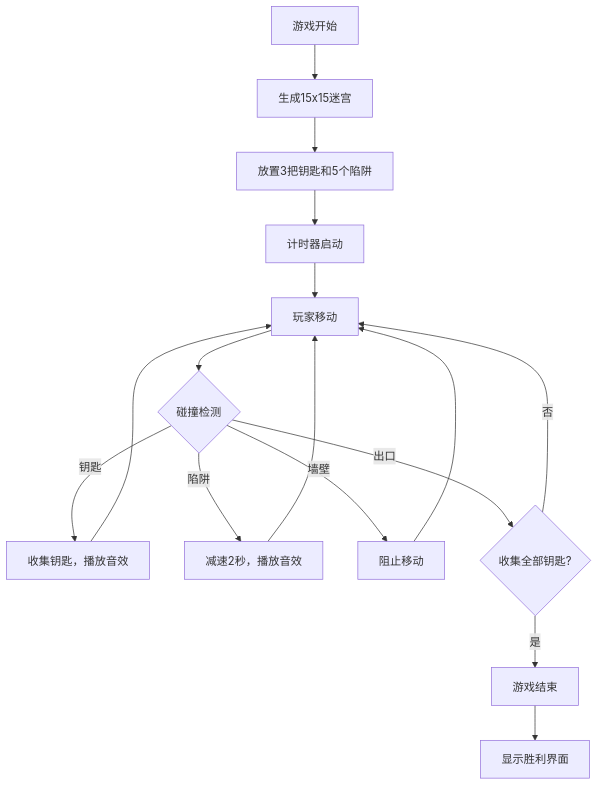
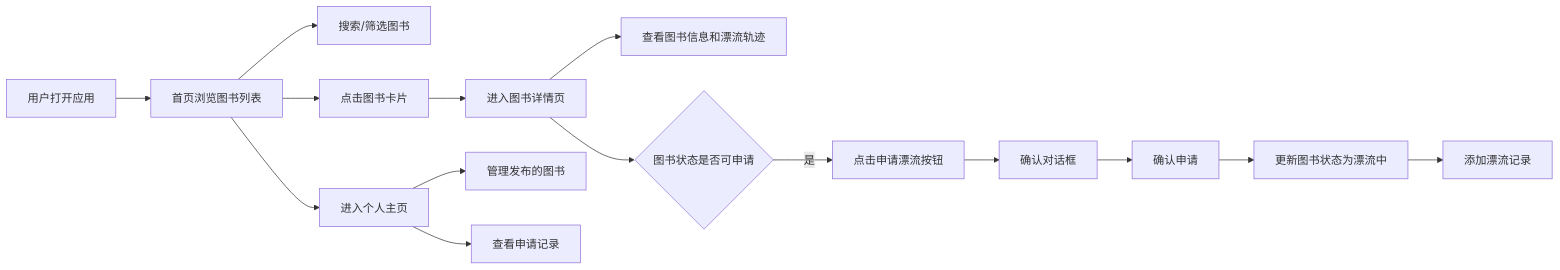
One commit to NUDT-ZSL/Solo changed the diagram in cp2_6.16_auto4/.trae/documents/PRD.md. Above: the diagram before and after it, drawn with Mermaid. The commit also changed other lines of this file and 18 other files, not shown here.

````diff
--- a/cp2_6.16_auto4/.trae/documents/PRD.md
+++ b/cp2_6.16_auto4/.trae/documents/PRD.md
@@ -39,18 +39,17 @@
 ```mermaid
-flowchart TD
-    A["游戏开始"] --> B["生成15x15迷宫"]
-    B --> C["放置3把钥匙和5个陷阱"]
-    C --> D["计时器启动"]
-    D --> E["玩家移动"]
-    E --> F{"碰撞检测"}
-    F -->|钥匙| G["收集钥匙，播放音效"]
-    F -->|陷阱| H["减速2秒，播放音效"]
-    F -->|墙壁| I["阻止移动"]
-    F -->|出口| J{"收集全部钥匙?"}
-    J -->|是| K["游戏结束"]
-    J -->|否| E
-    G --> E
-    H --> E
-    I --> E
-    K --> L["显示胜利界面"]
+flowchart LR
+    A["用户打开应用"] --> B["首页浏览图书列表"]
+    B --> C["搜索/筛选图书"]
+    B --> D["点击图书卡片"]
+    D --> E["进入图书详情页"]
+    E --> F["查看图书信息和漂流轨迹"]
+    E --> G{"图书状态是否可申请"}
+    G -->|是| H["点击申请漂流按钮"]
+    H --> I["确认对话框"]
+    I --> J["确认申请"]
+    J --> K["更新图书状态为漂流中"]
+    K --> L["添加漂流记录"]
+    B --> M["进入个人主页"]
+    M --> N["管理发布的图书"]
+    M --> O["查看申请记录"]
 ```
````
